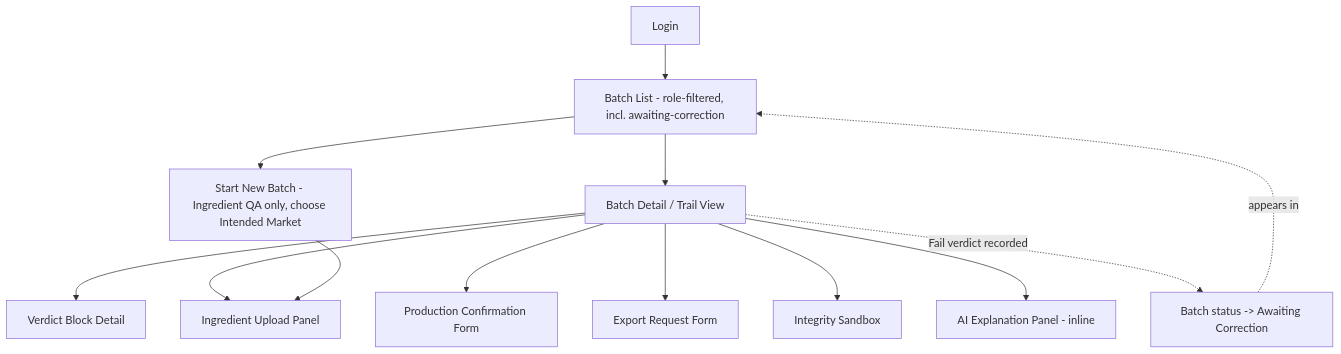
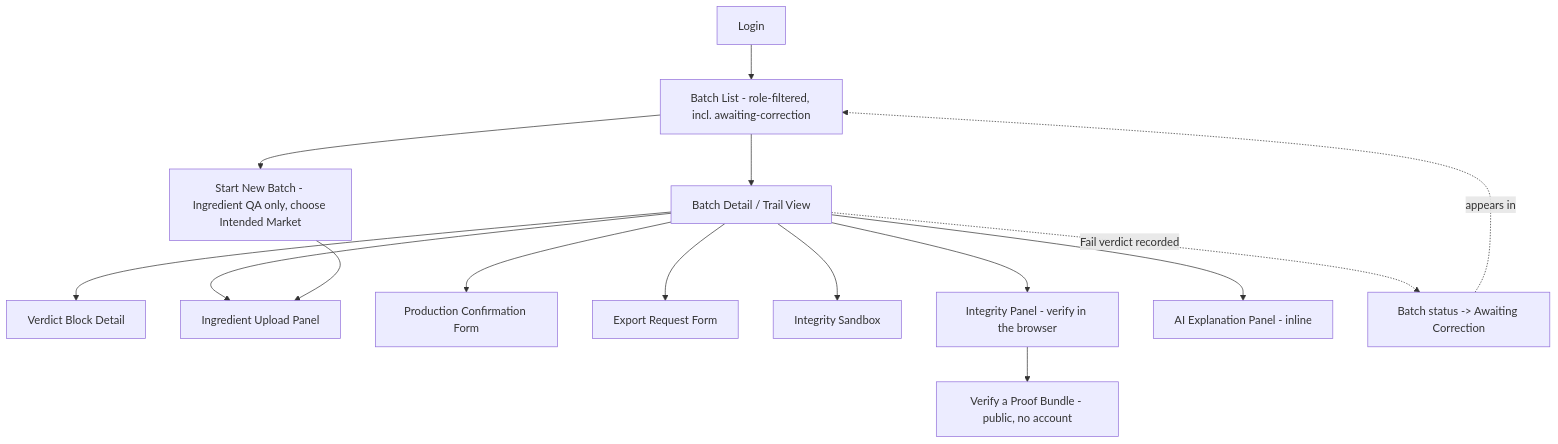
One commit to nadyapribadi/HalCheck changed the first of 2 diagrams in docs/10_ui_flow_navigation.md. Above: the diagram before and after it, drawn with Mermaid. The commit also changed other lines of this file and 12 other files, not shown here.

````diff
--- a/docs/10_ui_flow_navigation.md
+++ b/docs/10_ui_flow_navigation.md
@@ -38,15 +38,17 @@
 ```mermaid
 flowchart TD
   Login --> BatchList[Batch List - role-filtered, incl. awaiting-correction]
   BatchList --> BatchDetail[Batch Detail / Trail View]
   BatchDetail --> VerdictDetail[Verdict Block Detail]
   BatchDetail --> IngredientUpload[Ingredient Upload Panel]
   BatchDetail --> ProductionForm[Production Confirmation Form]
   BatchDetail --> ExportForm[Export Request Form]
   BatchDetail --> Sandbox[Integrity Sandbox]
+  BatchDetail --> Integrity[Integrity Panel - verify in the browser]
   BatchDetail --> AIPanel[AI Explanation Panel - inline]
   BatchList --> NewBatch[Start New Batch - Ingredient QA only, choose Intended Market]
   NewBatch --> IngredientUpload
+  Integrity --> Verify[Verify a Proof Bundle - public, no account]
   BatchDetail -.Fail verdict recorded.-> StatusChange[Batch status -> Awaiting Correction]
   StatusChange -.appears in.-> BatchList
 ```
````
